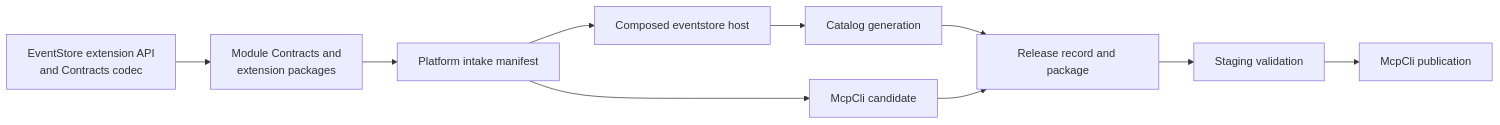
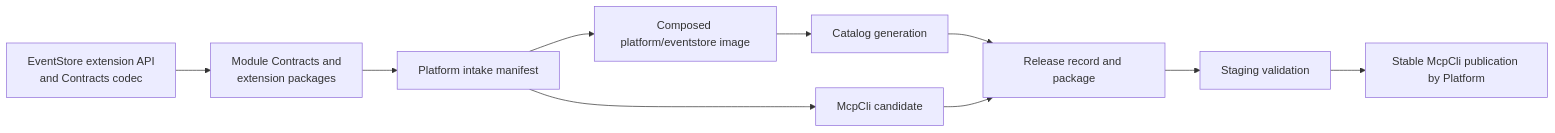
Before and after one commit to Hexalith/Hexalith.Platform: the fourth of 4 diagrams in _bmad-output/planning-artifacts/architecture/architecture-platform-2026-09-27/ARCHITECTURE-SPINE.md, drawn with Mermaid. The commit also changed other lines of this file and 28 other files, not shown here.

````diff
--- a/_bmad-output/planning-artifacts/architecture/architecture-platform-2026-09-27/ARCHITECTURE-SPINE.md
+++ b/_bmad-output/planning-artifacts/architecture/architecture-platform-2026-09-27/ARCHITECTURE-SPINE.md
@@ -250,12 +388,12 @@
 ```mermaid
 flowchart LR
     ExtApi["EventStore extension API<br/>and Contracts codec"] --> ModPkgs["Module Contracts and<br/>extension packages"]
     ModPkgs --> Intake["Platform intake manifest"]
-    Intake --> Composed["Composed eventstore host"]
+    Intake --> Composed["Composed platform/eventstore image"]
     Intake --> Candidate["McpCli candidate"]
     Composed --> Catalog["Catalog generation"]
     Catalog --> Record["Release record and package"]
     Candidate --> Record
     Record --> Staging["Staging validation"]
-    Staging --> McpCli["McpCli publication"]
+    Staging --> McpCli["Stable McpCli publication by Platform"]
 ```
````
